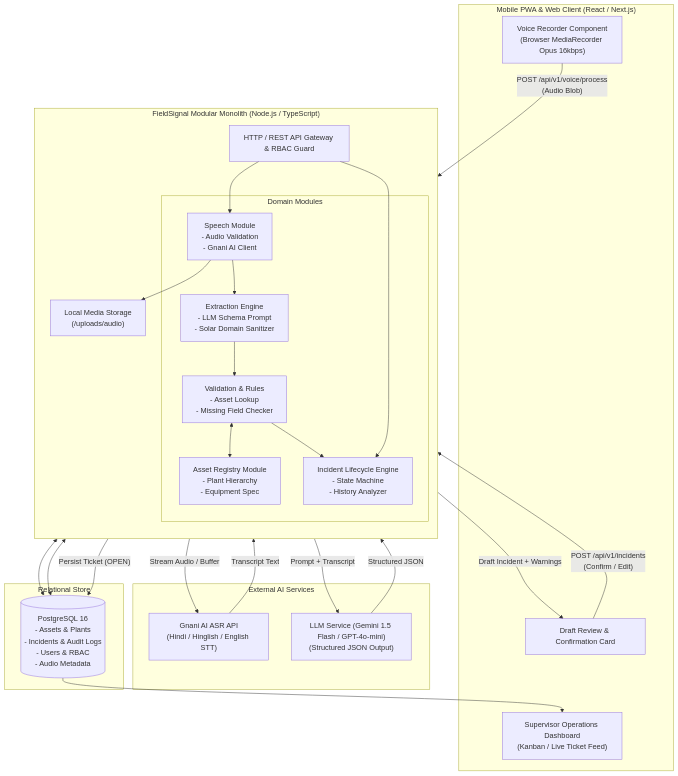
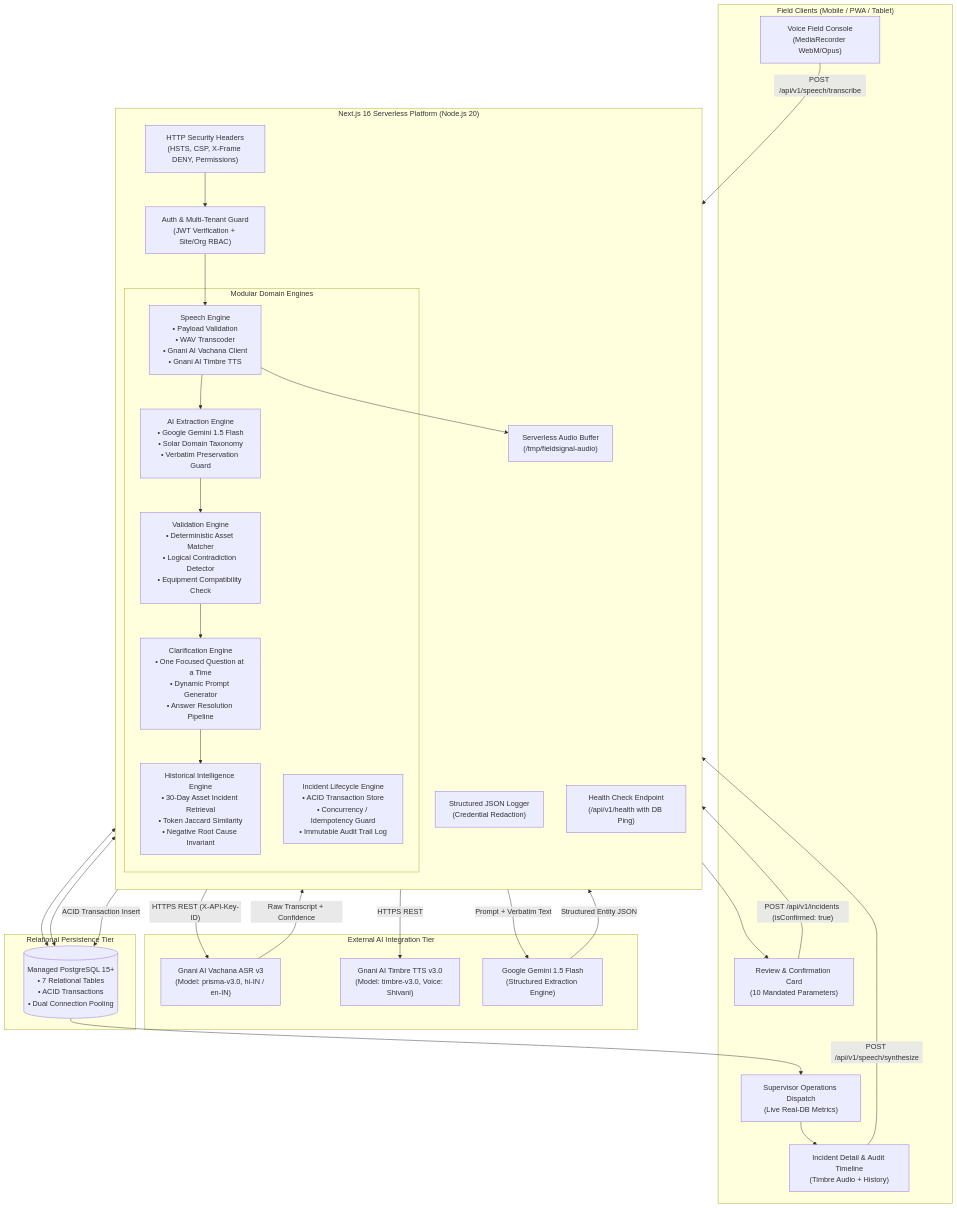
One commit to karansaini46/FieldSignal changed the diagram in docs/ARCHITECTURE.md. Above: the diagram before and after it, drawn with Mermaid. The commit also changed other lines of this file and 20 other files, not shown here.

Commit message:
docs(competition): add complete PRD evaluation, real screenshots, API spec, demo script & audit reports

````diff
--- a/docs/ARCHITECTURE.md
+++ b/docs/ARCHITECTURE.md
@@ -22,52 +33,61 @@
 ```mermaid
 flowchart TD
-    subgraph ClientLayer["Mobile PWA & Web Client (React / Next.js)"]
-        UI_Voice["Voice Recorder Component\n(Browser MediaRecorder Opus 16kbps)"]
-        UI_Draft["Draft Review & Confirmation Card"]
-        UI_Dash["Supervisor Operations Dashboard\n(Kanban / Live Ticket Feed)"]
+    subgraph ClientLayer["Field Clients (Mobile / PWA / Tablet)"]
+        UI_Voice["Voice Field Console\n(MediaRecorder WebM/Opus)"]
+        UI_Review["Review & Confirmation Card\n(10 Mandated Parameters)"]
+        UI_Dash["Supervisor Operations Dispatch\n(Live Real-DB Metrics)"]
+        UI_Detail["Incident Detail & Audit Timeline\n(Timbre Audio + History)"]
     end
 
-    subgraph Monolith["FieldSignal Modular Monolith (Node.js / TypeScript)"]
+    subgraph EdgeLayer["Next.js 16 Serverless Platform (Node.js 20)"]
         direction TB
-        Gateway["HTTP / REST API Gateway & RBAC Guard"]
-        
-        subgraph Modules["Domain Modules"]
-            Mod_Speech["Speech Module\n- Audio Validation\n- Gnani AI Client"]
-            Mod_Extract["Extraction Engine\n- LLM Schema Prompt\n- Solar Domain Sanitizer"]
-            Mod_Validation["Validation & Rules\n- Asset Lookup\n- Missing Field Checker"]
-            Mod_Incidents["Incident Lifecycle Engine\n- State Machine\n- History Analyzer"]
-            Mod_Assets["Asset Registry Module\n- Plant Hierarchy\n- Equipment Spec"]
+        SecurityHeaders["HTTP Security Headers\n(HSTS, CSP, X-Frame DENY, Permissions)"]
+        AuthGuard["Auth & Multi-Tenant Guard\n(JWT Verification + Site/Org RBAC)"]
+        Logger["Structured JSON Logger\n(Credential Redaction)"]
+        HealthProbe["Health Check Endpoint\n(/api/v1/health with DB Ping)"]
+
+        subgraph CoreModules["Modular Domain Engines"]
+            Mod_Speech["Speech Engine\n• Payload Validation\n• WAV Transcoder\n• Gnani AI Vachana Client\n• Gnani AI Timbre TTS"]
+            Mod_Extraction["AI Extraction Engine\n• Google Gemini 1.5 Flash\n• Solar Domain Taxonomy\n• Verbatim Preservation Guard"]
+            Mod_Validation["Validation Engine\n• Deterministic Asset Matcher\n• Logical Contradiction Detector\n• Equipment Compatibility Check"]
+            Mod_Clarification["Clarification Engine\n• One Focused Question at a Time\n• Dynamic Prompt Generator\n• Answer Resolution Pipeline"]
+            Mod_Historical["Historical Intelligence Engine\n• 30-Day Asset Incident Retrieval\n• Token Jaccard Similarity\n• Negative Root Cause Invariant"]
+            Mod_Incidents["Incident Lifecycle Engine\n• ACID Transaction Store\n• Concurrency / Idempotency Guard\n• Immutable Audit Trail Log"]
         end
 
-        LocalStorage["Local Media Storage\n(/uploads/audio)"]
+        AudioStorage["Serverless Audio Buffer\n(/tmp/fieldsignal-audio)"]
     end
 
-    subgraph ExternalAPIs["External AI Services"]
-        Gnani["Gnani AI ASR API\n(Hindi / Hinglish / English STT)"]
-        LLM["LLM Service (Gemini 1.5 Flash / GPT-4o-mini)\n(Structured JSON Output)"]
+    subgraph ExternalAPIs["External AI Integration Tier"]
+        Gnani_ASR["Gnani AI Vachana ASR v3\n(Model: prisma-v3.0, hi-IN / en-IN)"]
+        Gnani_TTS["Gnani AI Timbre TTS v3.0\n(Model: timbre-v3.0, Voice: Shivani)"]
+        Gemini["Google Gemini 1.5 Flash\n(Structured Extraction Engine)"]
     end
 
-    subgraph Database["Relational Store"]
-        PG[("PostgreSQL 16\n- Assets & Plants\n- Incidents & Audit Logs\n- Users & RBAC\n- Audio Metadata")]
+    subgraph PersistenceLayer["Relational Persistence Tier"]
+        Postgres[("Managed PostgreSQL 15+\n• 7 Relational Tables\n• ACID Transactions\n• Dual Connection Pooling")]
     end
 
-    UI_Voice -->|"POST /api/v1/voice/process\n(Audio Blob)"| Gateway
-    Gateway --> Mod_Speech
-    Mod_Speech --> LocalStorage
-    Mod_Speech -->|"Stream Audio / Buffer"| Gnani
-    Gnani -->|"Transcript Text"| Mod_Speech
-    Mod_Speech --> Mod_Extract
-    Mod_Extract -->|"Prompt + Transcript"| LLM
-    LLM -->|"Structured JSON"| Mod_Extract
-    Mod_Extract --> Mod_Validation
-    Mod_Validation <--> Mod_Assets
-    Mod_Assets <--> PG
-    Mod_Validation --> Mod_Incidents
-    Mod_Incidents <--> PG
-    Mod_Incidents -->|"Draft Incident + Warnings"| UI_Draft
+    UI_Voice -->|"POST /api/v1/speech/transcribe"| SecurityHeaders
+    SecurityHeaders --> AuthGuard
+    AuthGuard --> Mod_Speech
+    Mod_Speech --> AudioStorage
+    Mod_Speech -->|"HTTPS REST (X-API-Key-ID)"| Gnani_ASR
+    Gnani_ASR -->|"Raw Transcript + Confidence"| Mod_Speech
+    Mod_Speech --> Mod_Extraction
+    Mod_Extraction -->|"Prompt + Verbatim Text"| Gemini
+    Gemini -->|"Structured Entity JSON"| Mod_Extraction
+    Mod_Extraction --> Mod_Validation
+    Mod_Validation <--> Postgres
+    Mod_Validation --> Mod_Clarification
+    Mod_Clarification --> Mod_Historical
+    Mod_Historical <--> Postgres
+    Mod_Historical --> UI_Review
     
-    UI_Draft -->|"POST /api/v1/incidents\n(Confirm / Edit)"| Gateway
-    Gateway --> Mod_Incidents
-    Mod_Incidents -->|"Persist Ticket (OPEN)"| PG
-    PG --> UI_Dash
+    UI_Review -->|"POST /api/v1/incidents (isConfirmed: true)"| Mod_Incidents
+    Mod_Incidents -->|"ACID Transaction Insert"| Postgres
+    Postgres --> UI_Dash
+    UI_Dash --> UI_Detail
+    UI_Detail -->|"POST /api/v1/speech/synthesize"| Mod_Speech
+    Mod_Speech -->|"HTTPS REST"| Gnani_TTS
 ```
````
